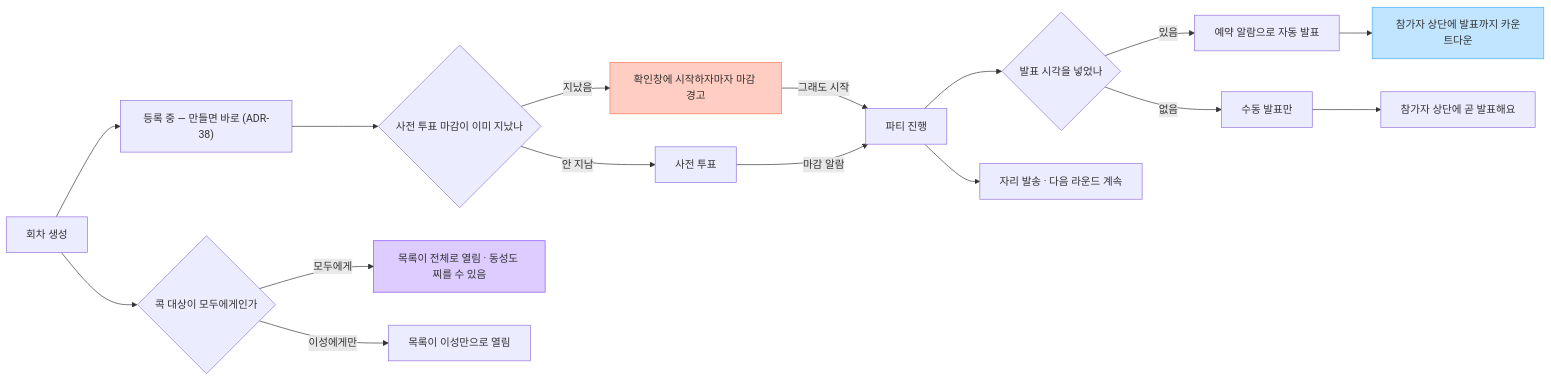
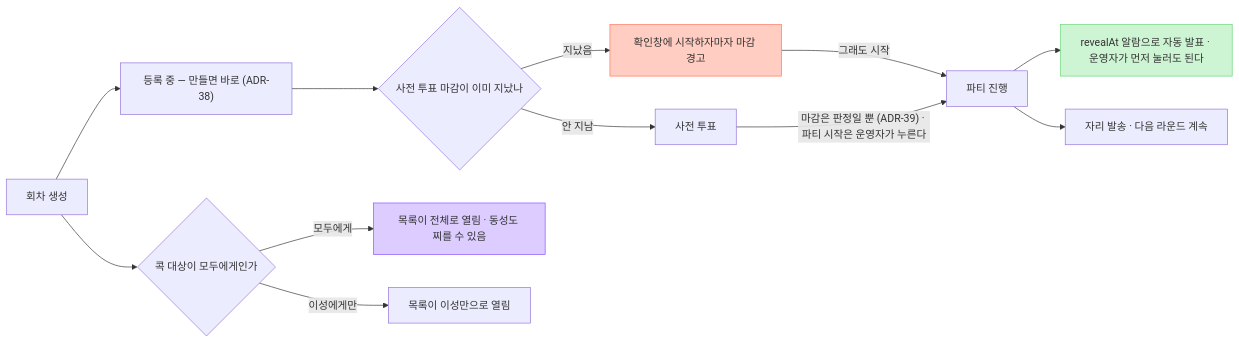
Before and after one commit to xcellentbird/tone-pick: the sixth of 6 diagrams in docs/USER-FLOWS.md, drawn with Mermaid. The commit also changed other lines of this file and 34 other files, not shown here.

````diff
--- a/docs/USER-FLOWS.md
+++ b/docs/USER-FLOWS.md
@@ -277,42 +278,34 @@
 ```mermaid
 flowchart LR
     create["회차 생성"]
     sReg["등록 중 — 만들면 바로 (ADR-38)"]
     qClosed{"사전 투표 마감이 이미 지났나"}
     warn["확인창에 시작하자마자 마감 경고"]
     sPre["사전 투표"]
     sParty["파티 진행"]
-    qReveal{"발표 시각을 넣었나"}
-    autoDone["예약 알람으로 자동 발표"]
-    manualDone["수동 발표만"]
-    gCount["참가자 상단에 발표까지 카운트다운"]
-    gSoon["참가자 상단에 곧 발표해요"]
+    autoDone["revealAt 알람으로 자동 발표 · 운영자가 먼저 눌러도 된다"]
 
     qSame{"콕 대상이 모두에게인가"}
     gAll["목록이 전체로 열림 · 동성도 찌를 수 있음"]
     gOpp["목록이 이성만으로 열림"]
 
     openSeat["자리 발송 · 다음 라운드 계속"]
 
     create --> sReg
     sReg --> qClosed
     qClosed -->|"지났음"| warn
     warn -->|"그래도 시작"| sParty
     qClosed -->|"안 지남"| sPre
-    sPre -->|"마감 알람"| sParty
-    sParty --> qReveal
-    qReveal -->|"있음"| autoDone
-    qReveal -->|"없음"| manualDone
-    autoDone --> gCount
-    manualDone --> gSoon
+    sPre -->|"마감은 판정일 뿐 (ADR-39) · 파티 시작은 운영자가 누른다"| sParty
+    sParty --> autoDone
 
     create --> qSame
     qSame -->|"모두에게"| gAll
     qSame -->|"이성에게만"| gOpp
 
     sParty --> openSeat
 
     style warn fill:#FFCDC2,stroke:#FF7556
     style gAll fill:#DCCCFF,stroke:#874FFF
-    style gCount fill:#C2E5FF,stroke:#3DADFF
+    style autoDone fill:#CDF4D3,stroke:#66D575
 ```
````
